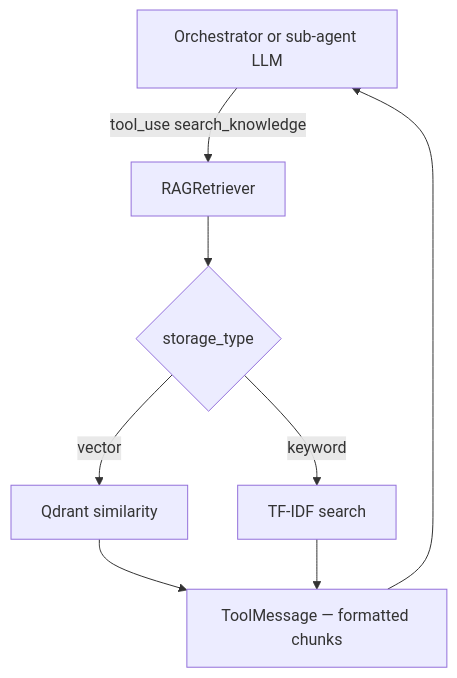
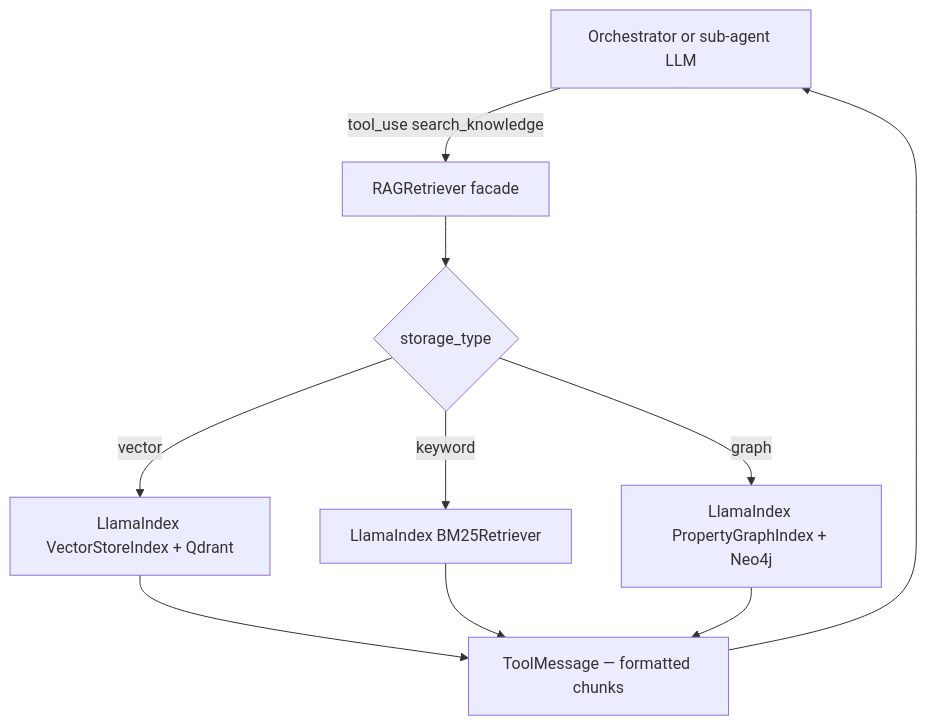
One commit to shehan-jayasinghe/bot-builder changed the tenth of 13 diagrams in backend/document/chat/01-chat-completion-diagrams.md. Above: the diagram before and after it, drawn with Mermaid. The commit also changed other lines of this file and 41 other files, not shown here.

First line of the commit message:
refactor: migrate RAG infrastructure from custom implementations to LlamaIndex

````diff
--- a/backend/document/chat/01-chat-completion-diagrams.md
+++ b/backend/document/chat/01-chat-completion-diagrams.md
@@ -340,11 +342,13 @@
 ```mermaid
 flowchart TB
     LLM[Orchestrator or sub-agent LLM]
-    LLM -->|tool_use search_knowledge| RET[RAGRetriever]
+    LLM -->|tool_use search_knowledge| RET[RAGRetriever facade]
     RET --> TYPE{storage_type}
-    TYPE -->|vector| Q[Qdrant similarity]
-    TYPE -->|keyword| T[TF-IDF search]
+    TYPE -->|vector| Q[LlamaIndex VectorStoreIndex + Qdrant]
+    TYPE -->|keyword| T[LlamaIndex BM25Retriever]
+    TYPE -->|graph| G[LlamaIndex PropertyGraphIndex + Neo4j]
     Q --> TM[ToolMessage — formatted chunks]
     T --> TM
+    G --> TM
     TM --> LLM
 ```
````
